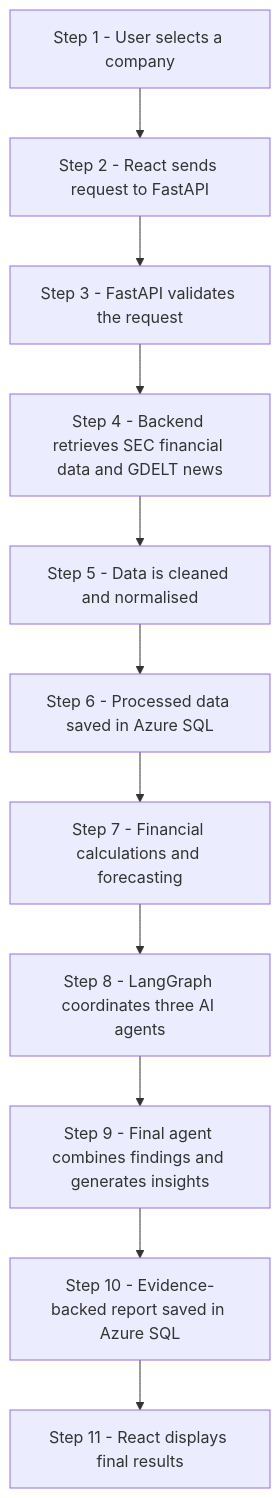
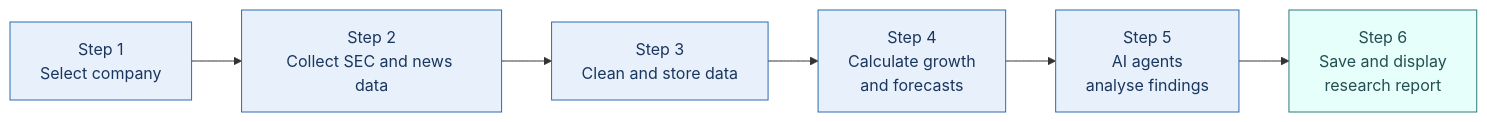
Before and after one commit to Hariharan119/ai-business-research-growth-analysis: the second of 4 diagrams in docs/architecture.md, drawn with Mermaid. The commit also changed other lines of this file, not shown here.

Commit message:
Docs: simplify architecture, data flow and agent workflow diagrams

````diff
--- a/docs/architecture.md
+++ b/docs/architecture.md
@@ -120,13 +52,13 @@
 ```mermaid
-flowchart TD
-    S1[Step 1 - User selects a company] --> S2[Step 2 - React sends request to FastAPI]
-    S2 --> S3[Step 3 - FastAPI validates the request]
-    S3 --> S4[Step 4 - Backend retrieves SEC financial data and GDELT news]
-    S4 --> S5[Step 5 - Data is cleaned and normalised]
-    S5 --> S6[Step 6 - Processed data saved in Azure SQL]
-    S6 --> S7[Step 7 - Financial calculations and forecasting]
-    S7 --> S8[Step 8 - LangGraph coordinates three AI agents]
-    S8 --> S9[Step 9 - Final agent combines findings and generates insights]
-    S9 --> S10[Step 10 - Evidence-backed report saved in Azure SQL]
-    S10 --> S11[Step 11 - React displays final results]
+flowchart LR
+    S1[Step 1<br/>Select company] --> S2[Step 2<br/>Collect SEC and news data]
+    S2 --> S3[Step 3<br/>Clean and store data]
+    S3 --> S4[Step 4<br/>Calculate growth<br/>and forecasts]
+    S4 --> S5[Step 5<br/>AI agents<br/>analyse findings]
+    S5 --> S6[Step 6<br/>Save and display<br/>research report]
+
+    classDef step fill:#E8F1FB,stroke:#2B6CB0,color:#1A365D
+    classDef final fill:#E6FFFA,stroke:#2C7A7B,color:#234E52
+    class S1,S2,S3,S4,S5 step
+    class S6 final
 ```
````
